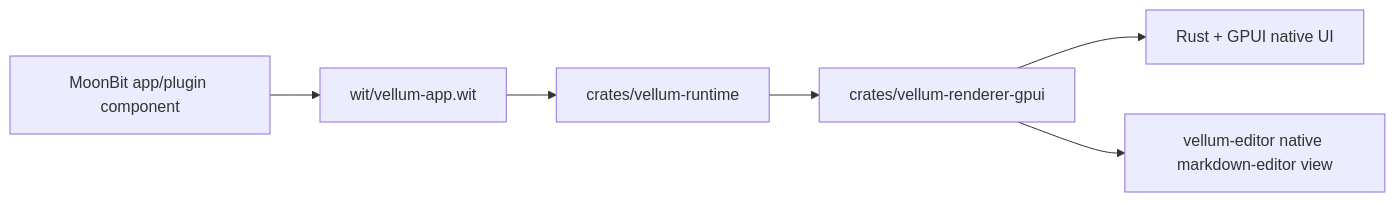
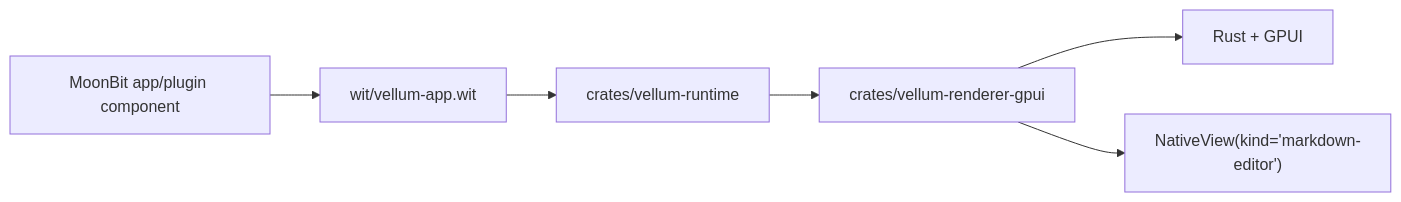
The diagram in docs/architecture.md (wzzc-dev/vellum), drawn with Mermaid before and after one commit. The commit also changed other lines of this file and 413 other files, not shown here.

````diff
--- a/docs/architecture.md
+++ b/docs/architecture.md
@@ -9,8 +7,8 @@
 ```mermaid
 flowchart LR
     MoonBit["MoonBit app/plugin component"] --> WIT["wit/vellum-app.wit"]
     WIT --> Runtime["crates/vellum-runtime"]
     Runtime --> Renderer["crates/vellum-renderer-gpui"]
-    Renderer --> GPUI["Rust + GPUI native UI"]
-    Renderer --> Editor["vellum-editor native markdown-editor view"]
+    Renderer --> GPUI["Rust + GPUI"]
+    Renderer --> Editor["NativeView(kind='markdown-editor')"]
 ```
````
